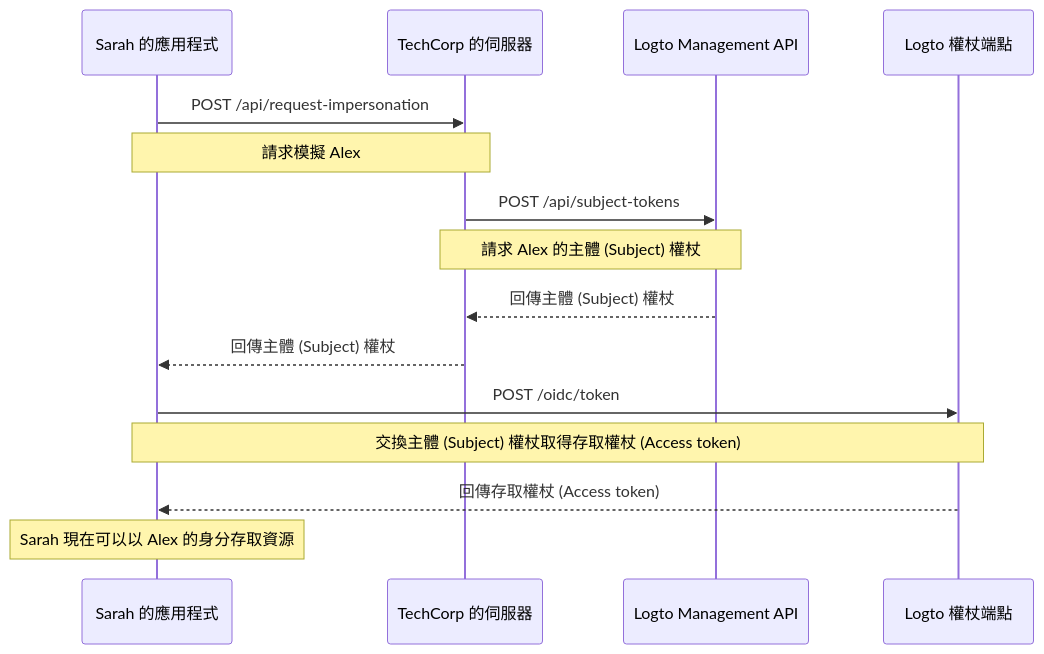
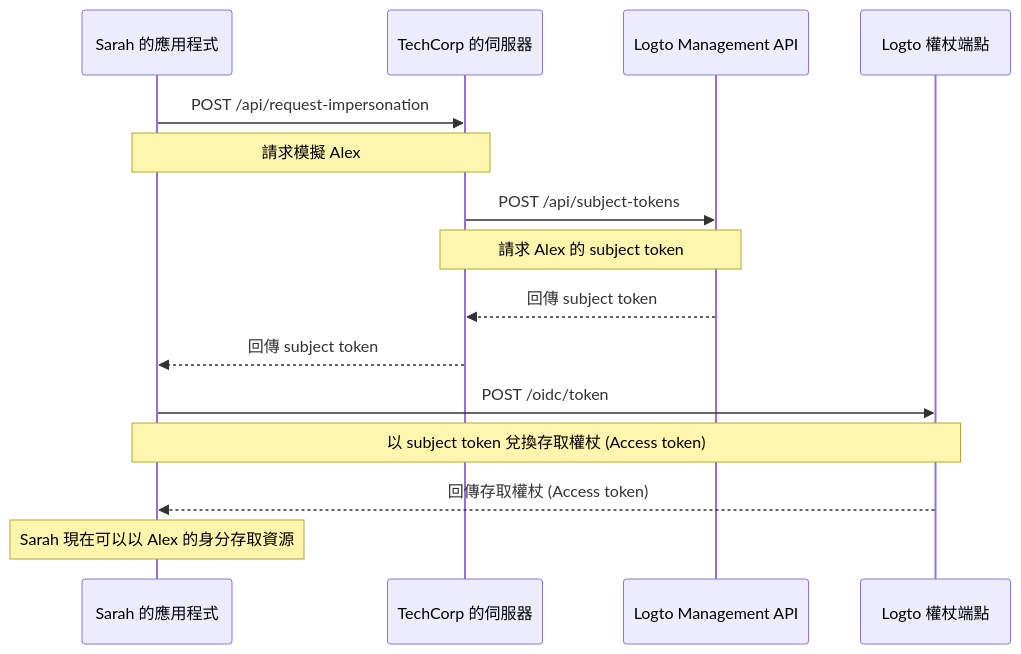
One commit to logto-io/docs changed the diagram in i18n/zh-TW/docusaurus-plugin-content-docs/current/developers/user-impersonation.mdx. Above: the diagram before and after it, drawn with Mermaid. The commit also changed other lines of this file and 161 other files, not shown here.

````diff
--- a/i18n/zh-TW/docusaurus-plugin-content-docs/current/developers/user-impersonation.mdx
+++ b/i18n/zh-TW/docusaurus-plugin-content-docs/current/developers/user-impersonation.mdx
@@ -18,22 +18,22 @@
 ```mermaid
 sequenceDiagram
     participant Sarah as Sarah 的應用程式
     participant TechCorp as TechCorp 的伺服器
     participant Logto as Logto Management API
     participant LogtoToken as Logto 權杖端點
 
     Sarah->>TechCorp: POST /api/request-impersonation
     Note over Sarah,TechCorp: 請求模擬 Alex
 
     TechCorp->>Logto: POST /api/subject-tokens
-    Note over TechCorp,Logto: 請求 Alex 的主體 (Subject) 權杖
+    Note over TechCorp,Logto: 請求 Alex 的 subject token
 
-    Logto-->>TechCorp: 回傳主體 (Subject) 權杖
-    TechCorp-->>Sarah: 回傳主體 (Subject) 權杖
+    Logto-->>TechCorp: 回傳 subject token
+    TechCorp-->>Sarah: 回傳 subject token
 
     Sarah->>LogtoToken: POST /oidc/token
-    Note over Sarah,LogtoToken: 交換主體 (Subject) 權杖取得存取權杖 (Access token)
+    Note over Sarah,LogtoToken: 以 subject token 兌換存取權杖 (Access token)
 
     LogtoToken-->>Sarah: 回傳存取權杖 (Access token)
     Note over Sarah: Sarah 現在可以以 Alex 的身分存取資源
 ```
````
